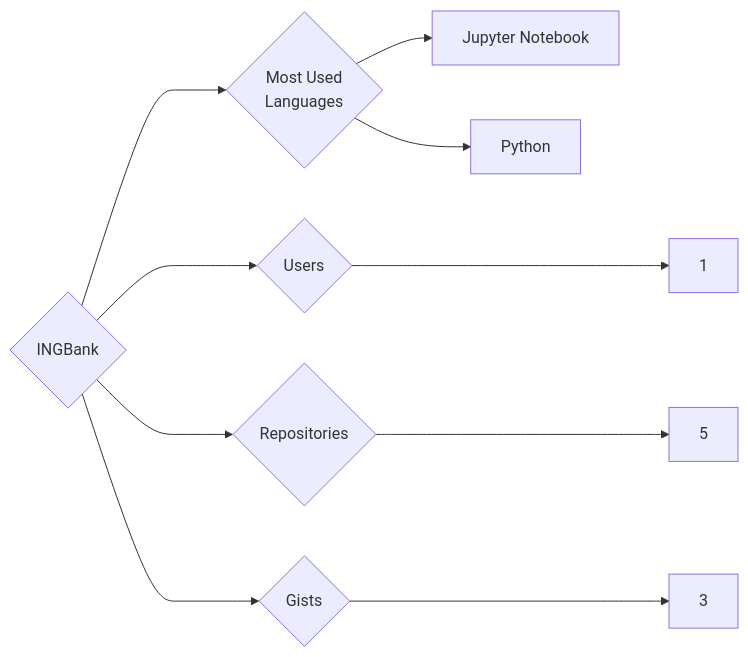
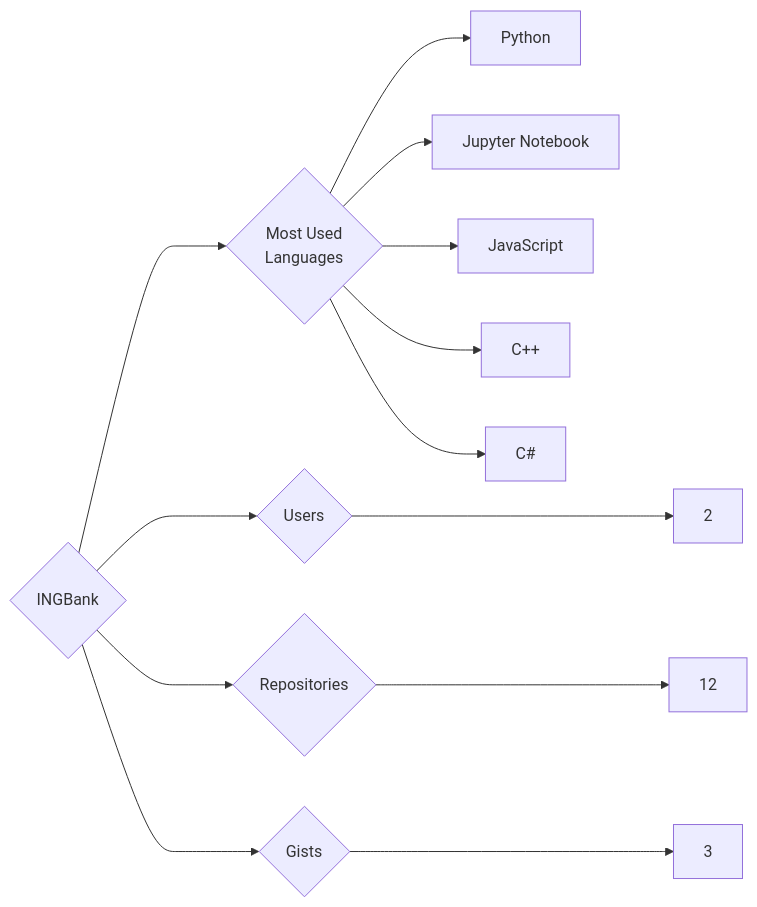
One commit to trickest/insiders changed the diagram in targets/INGBank/README.md. Above: the diagram before and after it, drawn with Mermaid. The commit also changed 880 other files, not shown here.

````diff
--- a/targets/INGBank/README.md
+++ b/targets/INGBank/README.md
@@ -3,10 +3,13 @@
 ```mermaid
 graph LR
 COMPANY_NAME{INGBank}
-COMPANY_NAME ---> U{Users} ---> UN[1]
-COMPANY_NAME ---> R{Repositories} ---> RN[5]
+COMPANY_NAME ---> U{Users} ---> UN[2]
+COMPANY_NAME ---> R{Repositories} ---> RN[12]
 COMPANY_NAME ---> G{Gists} ---> GN[3]
 COMPANY_NAME ---> ML{Most Used<br>Languages}
+ML --> Python[Python]
 ML --> Jupyter_Notebook[Jupyter Notebook]
-ML --> Python[Python]
+ML --> JavaScript[JavaScript]
+ML --> C++[C++]
+ML --> C#[C#]
 ```
````
